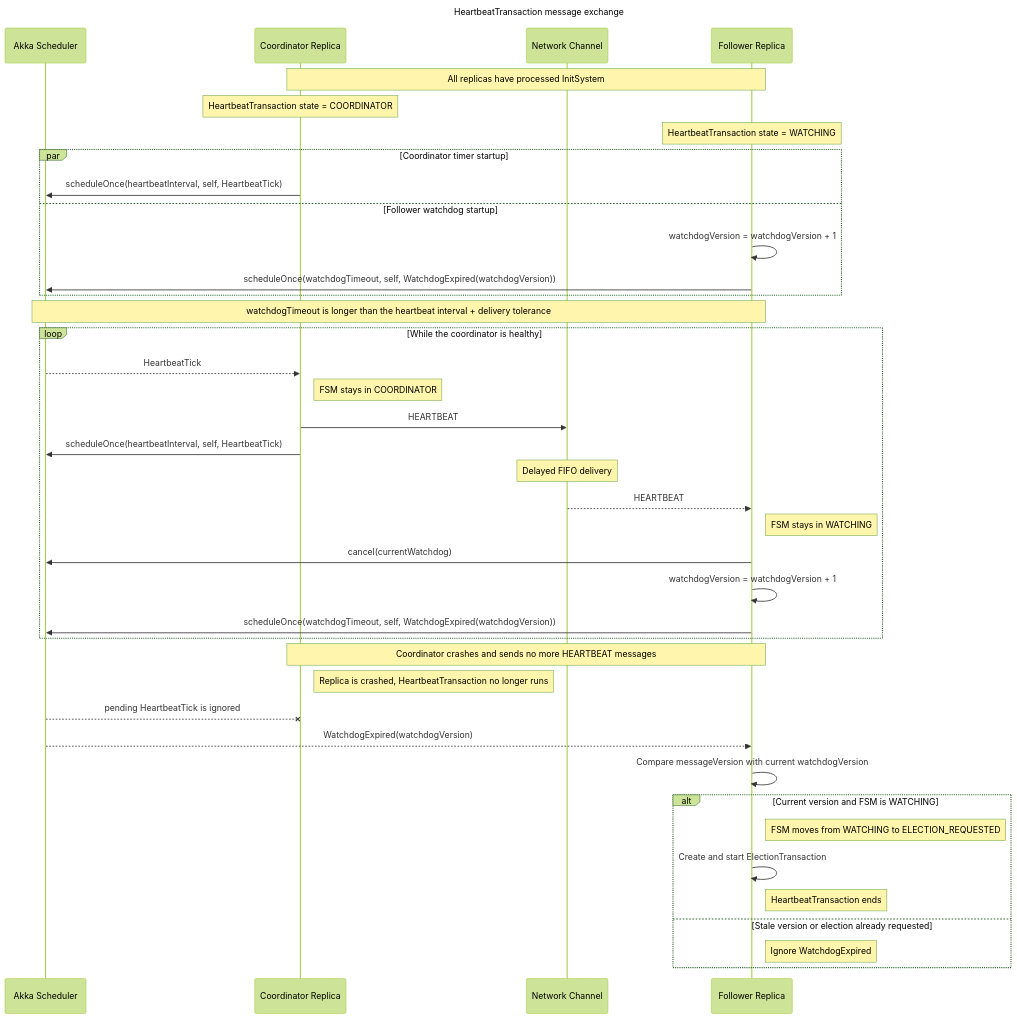
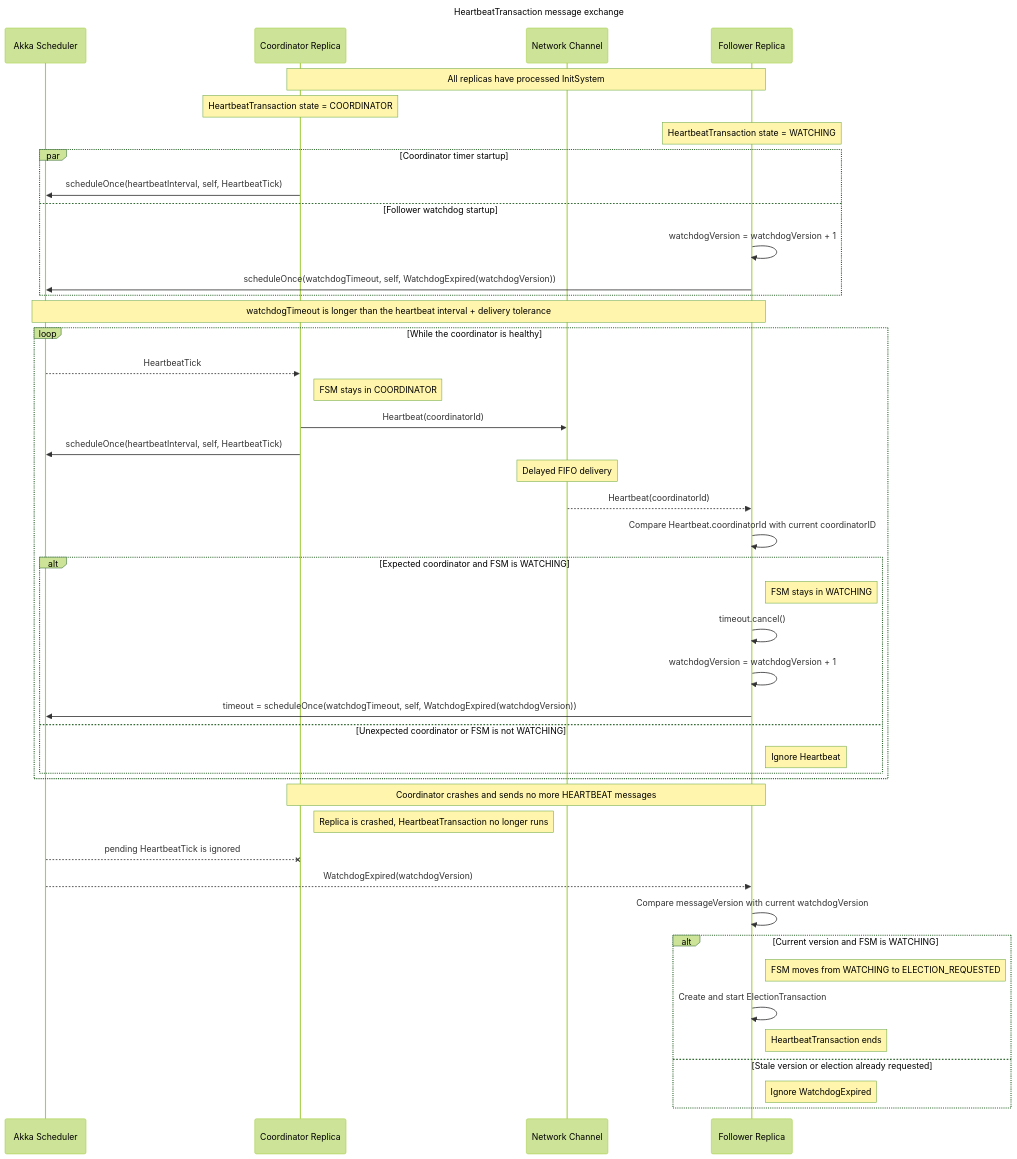
One commit to alanmasu/CoreDump_DS_Project changed the diagram in charts/TransactionHeartbeatSequence.mmd. Above: the diagram before and after it, drawn with Mermaid. The commit also changed 2 other files, not shown here.

Commit message:
feat: Implement heartbeat handling in HeartbeatTransaction and update Replica to manage heartbeat events

```diff
--- a/charts/TransactionHeartbeatSequence.mmd
+++ b/charts/TransactionHeartbeatSequence.mmd
@@ -1,115 +1,121 @@
 ---
 title: HeartbeatTransaction message exchange
 config:
     theme: forest
 ---
 
 sequenceDiagram
 
     %% HeartbeatTransaction is a normal Java object owned by Replica, not an
     %% Akka actor with its own mailbox. For that reason, the diagram shows the
     %% Replica actors as participants and describes transaction states in notes.
 
     %% S is the ActorSystem scheduler. C is the current coordinator actor.
     %% N represents the latency-aware FIFO NetworkChannel between C and one
     %% representative follower F. A real broadcast uses one channel per target.
     participant S as Akka Scheduler
     participant C as Coordinator Replica
     participant N as Network Channel
     participant F as Follower Replica
 
     %% Master and InitSystem are intentionally outside this diagram's scope.
     %% Heartbeat timers start only after each Replica has processed InitSystem
     %% and knows both the group membership and current coordinator ID.
     Note over C,F: All replicas have processed InitSystem
 
     %% These notes connect the message exchange to TransactionHeartbeatFSM.mmd.
     %% One HeartbeatTransaction is active per Replica for one coordinator term.
     Note over C: HeartbeatTransaction state = COORDINATOR
     Note over F: HeartbeatTransaction state = WATCHING
 
     %% The two startup operations are independent, so their execution order is
     %% not important. scheduleOnce is an Akka Scheduler API call, not a network
     %% protocol message. "self" means the scheduling Replica's own ActorRef.
     %% The full Java call will also supply a dispatcher and sender ActorRef.
     par Coordinator timer startup
         C ->> S: scheduleOnce(heartbeatInterval, self, HeartbeatTick)
     and Follower watchdog startup
         %% watchdogVersion is local to F and starts at 0. Every newly armed
         %% watchdog increments it before placing that value in WatchdogExpired.
         %% The value never travels through NetworkChannel or to another Replica.
         F ->> F: watchdogVersion = watchdogVersion + 1
         F ->> S: scheduleOnce(watchdogTimeout, self, WatchdogExpired(watchdogVersion))
     end
 
     %% Akka is not a real-time system, so startup call order alone cannot ensure
     %% that HEARTBEAT arrives before WatchdogExpired. The watchdog duration must
     %% leave room for the heartbeat interval, channel latency, and scheduling
     %% tolerance. The exact timeout formula will be defined in one Java helper.
     Note over S,F: watchdogTimeout is longer than the heartbeat interval + delivery tolerance
 
     %% We use recursive one-shot scheduling rather than a repeating fixed-rate
     %% task: handling one HeartbeatTick sends HEARTBEAT and schedules the next
     %% HeartbeatTick. This makes timer ownership and cancellation explicit.
     loop While the coordinator is healthy
         %% -->> represents delayed/asynchronous delivery into C's actor mailbox.
         %% HeartbeatTick is internal; it is never broadcast to followers.
         S -->> C: HeartbeatTick
         Note right of C: FSM stays in COORDINATOR
 
-        %% HEARTBEAT is the actual network message. C sends it through the
-        %% inherited network-emulation path, represented here by N.
-        C ->> N: HEARTBEAT
+        %% Heartbeat contains the ID of the Replica that sent it.
+        C ->> N: Heartbeat(coordinatorId)
         C ->> S: scheduleOnce(heartbeatInterval, self, HeartbeatTick)
 
-        %% N adds simulated latency and preserves FIFO ordering for this
-        %% sender-destination pair before delivering HEARTBEAT to F's mailbox.
+        %% NetworkChannel delays the message and delivers it asynchronously.
         Note over N: Delayed FIFO delivery
-        N -->> F: HEARTBEAT
+        N -->> F: Heartbeat(coordinatorId)
 
-        %% A valid HEARTBEAT keeps F in WATCHING and resets its watchdog.
-        %% cancel(currentWatchdog) is diagram shorthand for calling cancel() on
-        %% the Cancellable stored by the transaction; it is not an Akka message.
-        %% Incrementing watchdogVersion makes any older WatchdogExpired message
-        %% distinguishable if cancellation happened after it entered the mailbox.
-        Note right of F: FSM stays in WATCHING
-            F ->> S: cancel(currentWatchdog)
+        %% The follower validates the sender before resetting its watchdog.
+        F ->> F: Compare Heartbeat.coordinatorId with current coordinatorID
+
+        alt Expected coordinator and FSM is WATCHING
+            %% An accepted heartbeat proves that the coordinator is alive.
+            Note right of F: FSM stays in WATCHING
+
+            %% cancel() is a local call, not a message to the Scheduler.
+            F ->> F: timeout.cancel()
+
+            %% Create a new watchdog with a newer version.
             F ->> F: watchdogVersion = watchdogVersion + 1
-            F ->> S: scheduleOnce(watchdogTimeout, self, WatchdogExpired(watchdogVersion))
+            F ->> S: timeout = scheduleOnce(watchdogTimeout, self, WatchdogExpired(watchdogVersion))
+        else Unexpected coordinator or FSM is not WATCHING
+            %% Invalid or irrelevant heartbeats cannot reset the watchdog.
+            Note right of F: Ignore Heartbeat
+        end
     end
 
 
     %% The healthy loop ends when the coordinator crashes. No HEARTBEAT arrow
     %% is drawn here because a crashed coordinator sends nothing.
     Note over C,F: Coordinator crashes and sends no more HEARTBEAT messages
 
     %% The crashed coordinator cannot cancel its timer or perform another state
     %% transition. A HeartbeatTick that was scheduled before the crash may still
     %% be sent, but the crashed Replica ignores it and broadcasts no HEARTBEAT.
     Note right of C: Replica is crashed, HeartbeatTransaction no longer runs
     S --x C: pending HeartbeatTick is ignored
 
     %% Since no valid HEARTBEAT resets the follower's watchdog, Akka
     %% eventually delivers the WatchdogExpired object created by scheduleOnce().
     S -->> F: WatchdogExpired(watchdogVersion)
     F ->> F: Compare messageVersion with current watchdogVersion
 
     %% The version check distinguishes the active watchdog from a cancelled
     %% watchdog message that reached the mailbox too late to be removed.
     alt Current version and FSM is WATCHING
         %% Changing state first prevents later timeout messages from starting
         %% additional elections.
         Note right of F: FSM moves from WATCHING to ELECTION_REQUESTED
 
         %% ElectionTransaction is a normal Java object owned by the same Replica,
         %% so this self-arrow represents an internal constructor/start call.
         F ->> F: Create and start ElectionTransaction
 
         %% The heartbeat transaction belonged to the failed coordinator term.
         %% ElectionTransaction now owns the recovery process, so this instance ends.
         Note right of F: HeartbeatTransaction ends
     else Stale version or election already requested
         %% Either the watchdog was reset by a newer HEARTBEAT, or another valid
         %% timeout has already started an election. No action should be repeated.
         Note right of F: Ignore WatchdogExpired
     end
```
